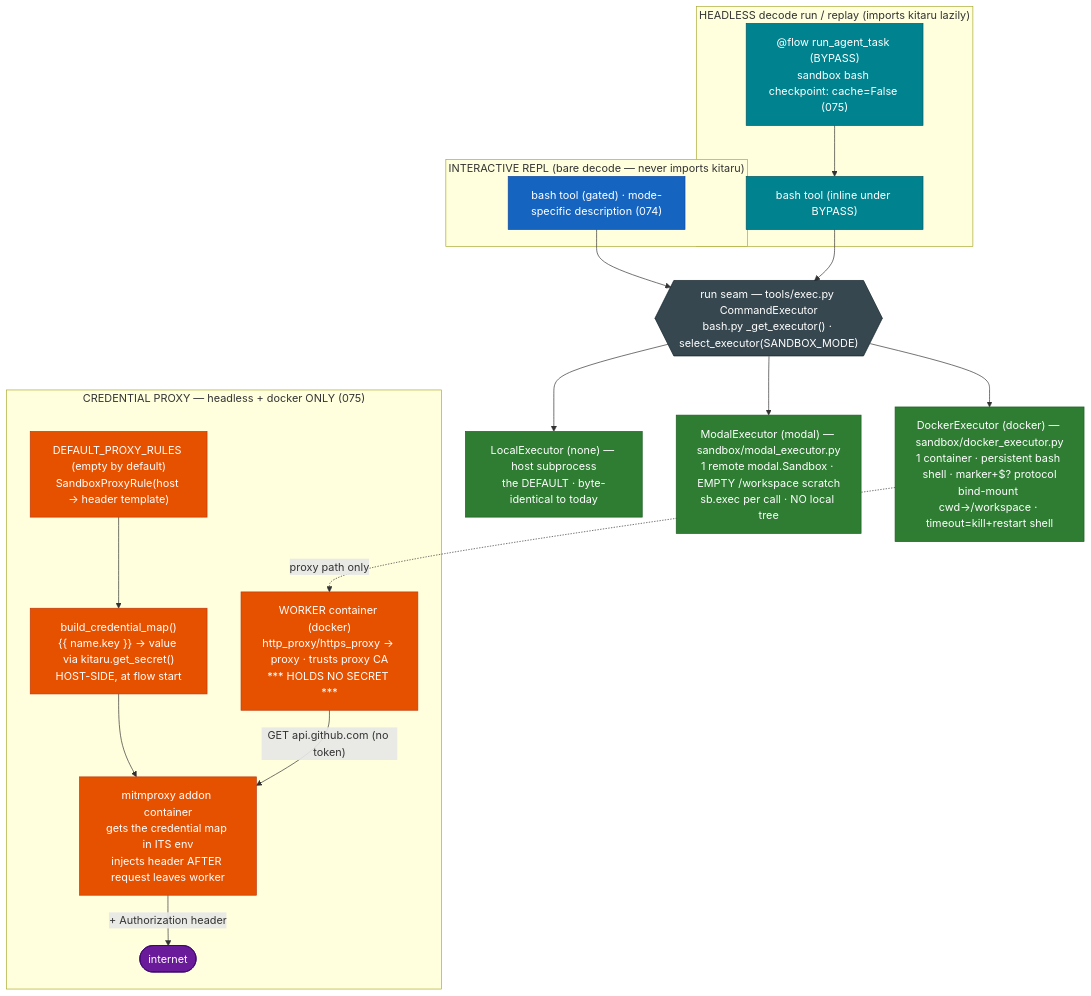
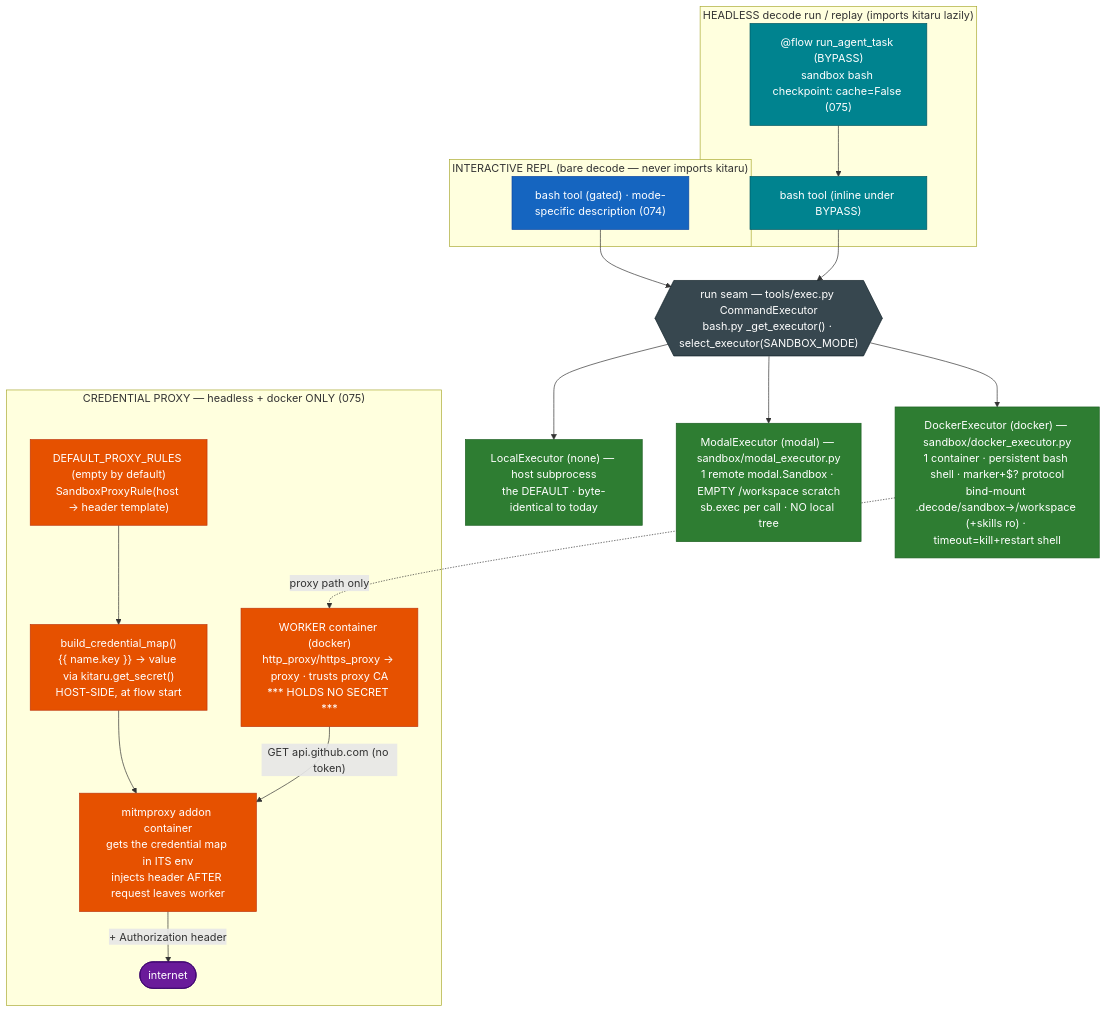
One commit to decodingai-magazine/building-a-coding-agent-from-scratch-course changed the diagram in docs/adr/0011-sandboxing-and-credential-proxy.md. Above: the diagram before and after it, drawn with Mermaid. The commit also changed other lines of this file and 11 other files, not shown here.

First line of the commit message:
feat(sandbox): mount the docker sandbox on a .decode/sandbox scratch instead of the repo

````diff
--- a/docs/adr/0011-sandboxing-and-credential-proxy.md
+++ b/docs/adr/0011-sandboxing-and-credential-proxy.md
@@ -211,45 +218,45 @@
 ```mermaid
 flowchart TB
     subgraph repl["INTERACTIVE REPL (bare decode — never imports kitaru)"]
         rbash["bash tool (gated) · mode-specific description (074)"]
     end
     subgraph headless["HEADLESS decode run / replay (imports kitaru lazily)"]
         flow["@flow run_agent_task (BYPASS)<br/>sandbox bash checkpoint: cache=False (075)"]
         hbash["bash tool (inline under BYPASS)"]
         flow --> hbash
     end
 
     seam{{"run seam — tools/exec.py CommandExecutor<br/>bash.py _get_executor() · select_executor(SANDBOX_MODE)"}}
     rbash --> seam
     hbash --> seam
 
     local["LocalExecutor (none) — host subprocess<br/>the DEFAULT · byte-identical to today"]
-    docker["DockerExecutor (docker) — sandbox/docker_executor.py<br/>1 container · persistent bash shell · marker+$? protocol<br/>bind-mount cwd→/workspace · timeout=kill+restart shell"]
+    docker["DockerExecutor (docker) — sandbox/docker_executor.py<br/>1 container · persistent bash shell · marker+$? protocol<br/>bind-mount .decode/sandbox→/workspace (+skills ro) · timeout=kill+restart shell"]
     modal["ModalExecutor (modal) — sandbox/modal_executor.py<br/>1 remote modal.Sandbox · EMPTY /workspace scratch<br/>sb.exec per call · NO local tree"]
     seam --> local
     seam --> docker
     seam --> modal
 
     subgraph proxy["CREDENTIAL PROXY — headless + docker ONLY (075)"]
         rules["DEFAULT_PROXY_RULES (empty by default)<br/>SandboxProxyRule(host → header template)"]
         cmap["build_credential_map()<br/>{{ name.key }} → value via kitaru.get_secret()<br/>HOST-SIDE, at flow start"]
         worker["WORKER container (docker)<br/>http_proxy/https_proxy → proxy · trusts proxy CA<br/>*** HOLDS NO SECRET ***"]
         mitm["mitmproxy addon container<br/>gets the credential map in ITS env<br/>injects header AFTER request leaves worker"]
         rules --> cmap --> mitm
         worker -->|"GET api.github.com (no token)"| mitm -->|"+ Authorization header"| net([internet])
     end
     docker -. proxy path only .-> worker
 
     classDef replc fill:#1565c0,stroke:#0d47a1,color:#ffffff;
     classDef headc fill:#00838f,stroke:#005662,color:#ffffff;
     classDef seamc fill:#37474f,stroke:#102027,color:#ffffff;
     classDef exec fill:#2e7d32,stroke:#1b5e20,color:#ffffff;
     classDef sec fill:#e65100,stroke:#bf360c,color:#ffffff;
     classDef ext fill:#6a1b9a,stroke:#38006b,color:#ffffff;
     class rbash replc;
     class flow,hbash headc;
     class seam seamc;
     class local,docker,modal exec;
     class rules,cmap,worker,mitm sec;
     class net ext;
 ```
````
